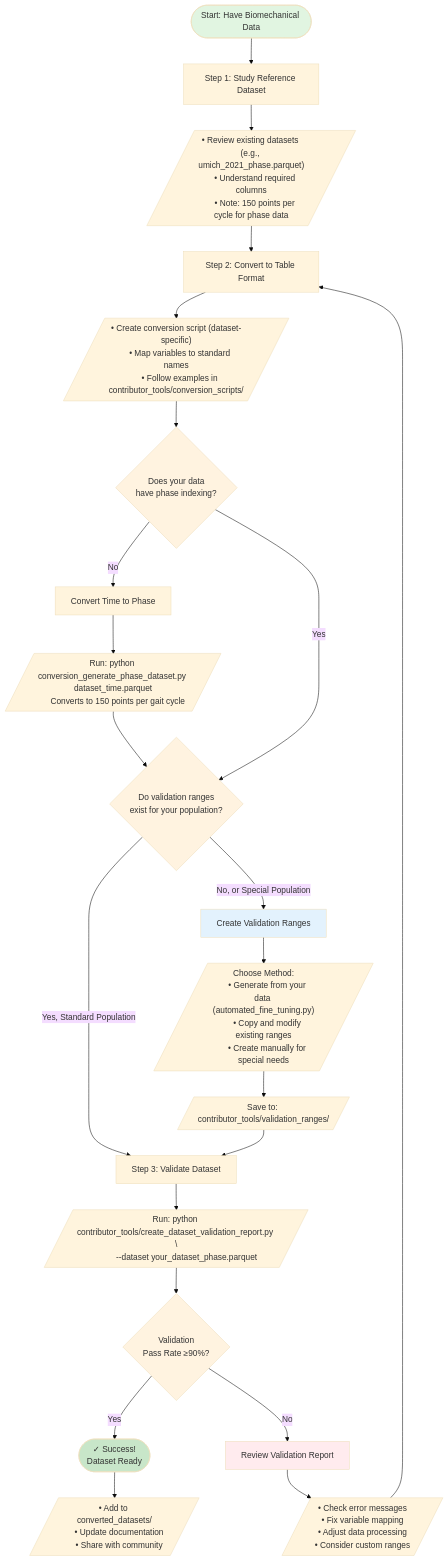
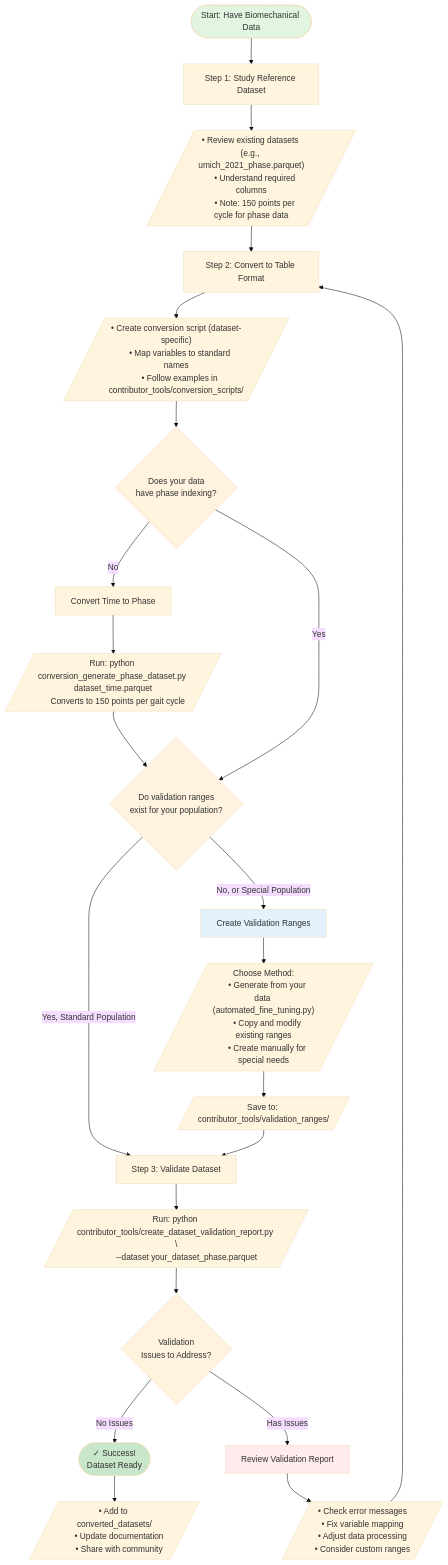
The diagram in docs/contributing/index.md (jmontp/LocoHub), drawn with Mermaid (base theme) before and after one commit. The commit also changed other lines of this file and 9 other files, not shown here.

````diff
--- a/docs/contributing/index.md
+++ b/docs/contributing/index.md
@@ -9,74 +55,74 @@
 ```mermaid
 flowchart TD
     Start([Start: Have Biomechanical Data]) --> Step1[Step 1: Study Reference Dataset]
     
     Step1 --> Step1Details[/"
     • Review existing datasets (e.g., umich_2021_phase.parquet)
     • Understand required columns
     • Note: 150 points per cycle for phase data
     "/]
     
     Step1Details --> Step2[Step 2: Convert to Table Format]
     
     Step2 --> Step2Details[/"
     • Create conversion script (dataset-specific)
     • Map variables to standard names
     • Follow examples in contributor_tools/conversion_scripts/
     "/]
     
     Step2Details --> CheckPhase{Does your data<br/>have phase indexing?}
     
     CheckPhase -->|No| ConvertPhase[Convert Time to Phase]
     ConvertPhase --> ConvertDetails[/"
     Run: python conversion_generate_phase_dataset.py dataset_time.parquet
     Converts to 150 points per gait cycle
     "/]
     ConvertDetails --> CheckRanges
     
     CheckPhase -->|Yes| CheckRanges{Do validation ranges<br/>exist for your population?}
     
     CheckRanges -->|Yes, Standard Population| Step3[Step 3: Validate Dataset]
     
     CheckRanges -->|No, or Special Population| CreateRanges[Create Validation Ranges]
     CreateRanges --> RangeOptions[/"
     Choose Method:
     • Generate from your data (automated_fine_tuning.py)
     • Copy and modify existing ranges
     • Create manually for special needs
     "/]
     RangeOptions --> SaveRanges[/"
     Save to: contributor_tools/validation_ranges/
     "/]
     SaveRanges --> Step3
     
     Step3 --> ValidateCmd[/"
     Run: python contributor_tools/create_dataset_validation_report.py \
          --dataset your_dataset_phase.parquet
     "/]
     
-    ValidateCmd --> CheckValid{Validation<br/>Pass Rate ≥90%?}
+    ValidateCmd --> CheckValid{Validation<br/>Issues to Address?}
     
-    CheckValid -->|Yes| Success([✓ Success!<br/>Dataset Ready])
+    CheckValid -->|No Issues| Success([✓ Success!<br/>Dataset Ready])
     Success --> SuccessSteps[/"
     • Add to converted_datasets/
     • Update documentation
     • Share with community
     "/]
     
-    CheckValid -->|No| Review[Review Validation Report]
+    CheckValid -->|Has Issues| Review[Review Validation Report]
     Review --> FixIssues[/"
     • Check error messages
     • Fix variable mapping
     • Adjust data processing
     • Consider custom ranges
     "/]
     FixIssues --> Step2
     
     style Start fill:#e1f5e1
     style Success fill:#c8e6c9
     style CheckPhase fill:#fff3e0
     style CheckRanges fill:#fff3e0
     style CheckValid fill:#fff3e0
     style CreateRanges fill:#e3f2fd
     style Review fill:#ffebee
 ```
````
